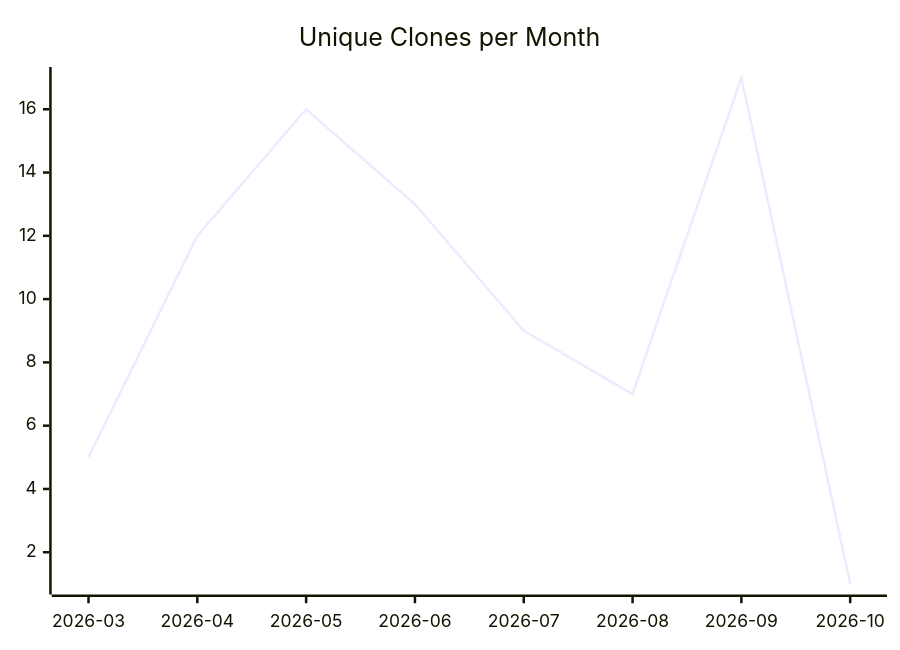
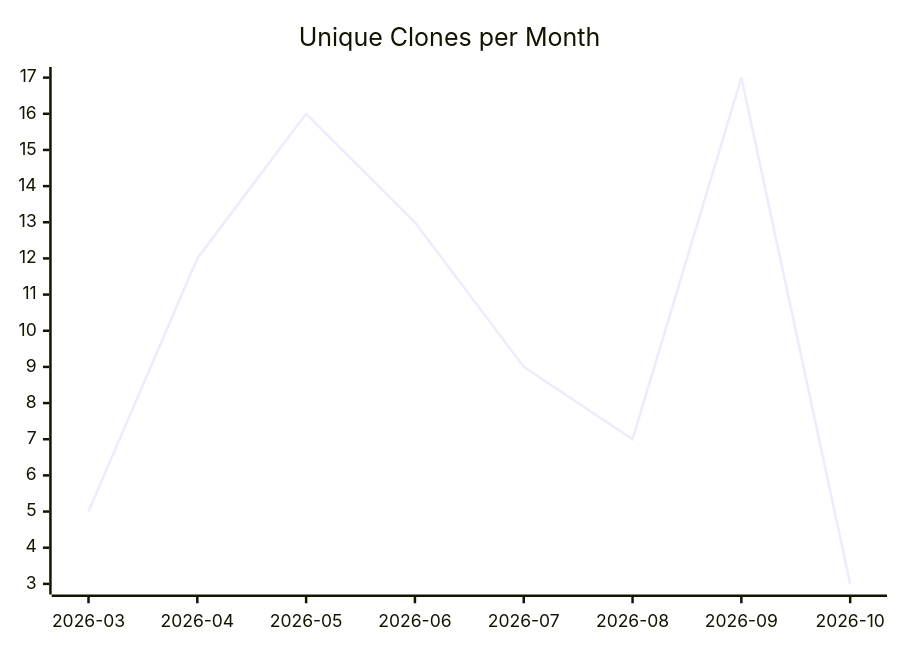
One commit to justdavis-family/github-analytics-data changed the third of 3 diagrams in karlmdavis/justdavis-karl/README.md. Above: the diagram before and after it, drawn with Mermaid. The commit also changed other lines of this file and 203 other files, not shown here.

````diff
--- a/karlmdavis/justdavis-karl/README.md
+++ b/karlmdavis/justdavis-karl/README.md
@@ -19,6 +19,6 @@
 ```mermaid
 xychart-beta
   title "Unique Clones per Month"
   x-axis ["2026-03", "2026-04", "2026-05", "2026-06", "2026-07", "2026-08", "2026-09", "2026-10"]
-  line [5, 12, 16, 13, 9, 7, 17, 1]
+  line [5, 12, 16, 13, 9, 7, 17, 3]
 ```
````
